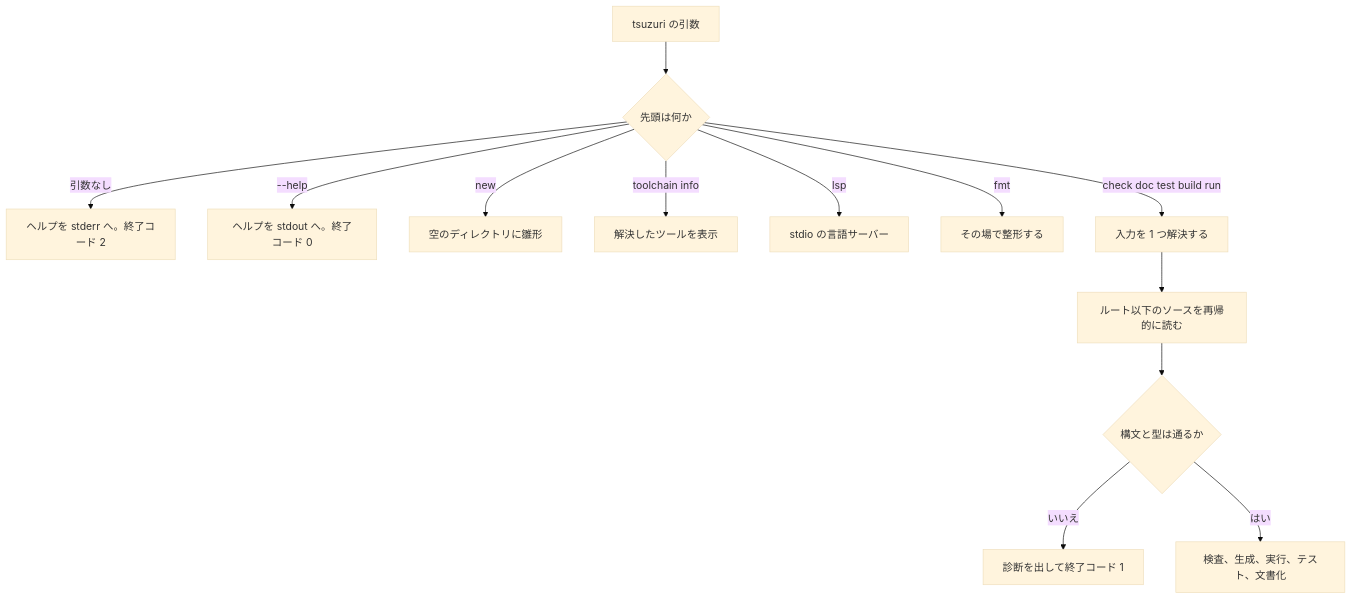
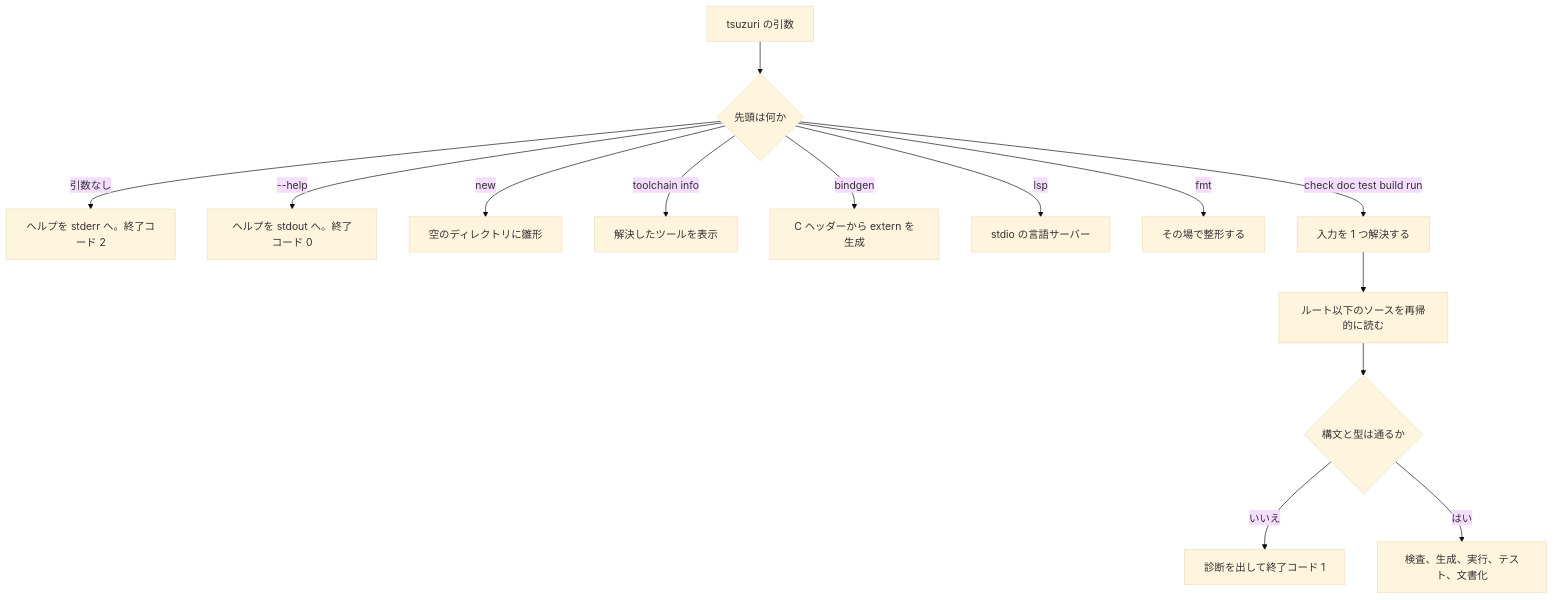
The diagram in _tsuzuri/language-reference/compiler/usage.md (tatsuya-midorikawa/Tsuzuri), drawn with Mermaid (base theme) before and after one commit. The commit also changed other lines of this file and 30 other files, not shown here.

Commit message:
C ヘッダーから extern を生成する tsuzuri bindgen を追加する（E11 Phase 1）

````diff
--- a/_tsuzuri/language-reference/compiler/usage.md
+++ b/_tsuzuri/language-reference/compiler/usage.md
@@ -19,15 +19,16 @@
 ```mermaid
 flowchart TD
   cli["tsuzuri の引数"] --> kind{"先頭は何か"}
   kind -->|引数なし| usage["ヘルプを stderr へ。終了コード 2"]
   kind -->|--help| helpOut["ヘルプを stdout へ。終了コード 0"]
   kind -->|new| scaffold["空のディレクトリに雛形"]
   kind -->|toolchain info| tools["解決したツールを表示"]
+  kind -->|bindgen| bind["C ヘッダーから extern を生成"]
   kind -->|lsp| server["stdio の言語サーバー"]
   kind -->|fmt| format["その場で整形する"]
   kind -->|check doc test build run| load["入力を 1 つ解決する"]
   load --> read["ルート以下のソースを再帰的に読む"]
   read --> typed{"構文と型は通るか"}
   typed -->|いいえ| report["診断を出して終了コード 1"]
   typed -->|はい| act["検査、生成、実行、テスト、文書化"]
 ```
````
